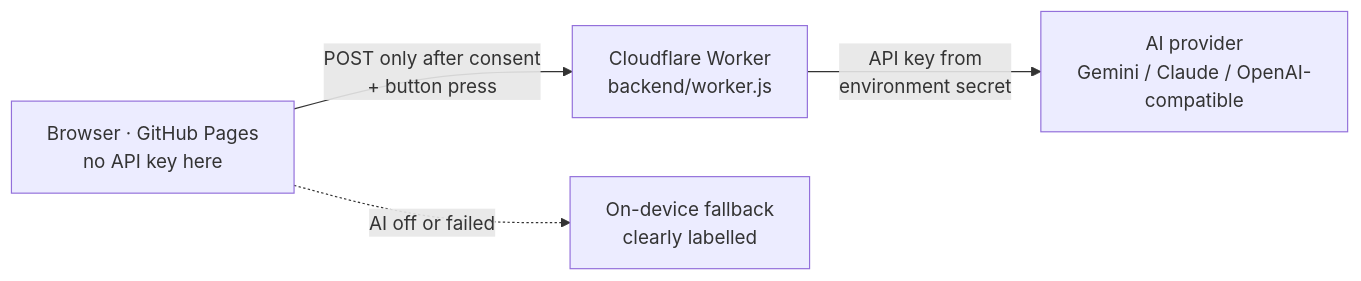
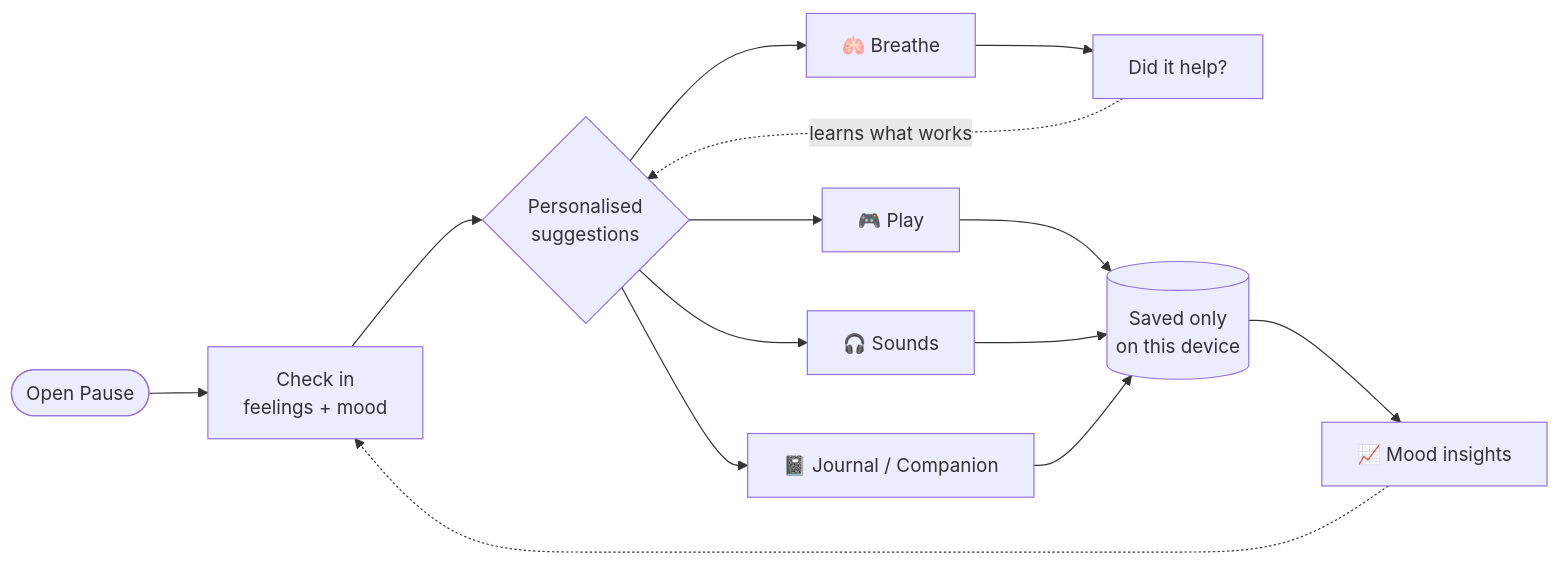
Before and after one commit to nbhumika07/pause-2.0: the diagram in README.md, drawn with Mermaid. The commit also changed other lines of this file, not shown here.

````diff
--- a/README.md
+++ b/README.md
@@ -106,6 +185,16 @@
 ```mermaid
 flowchart LR
-    A[Browser · GitHub Pages<br/>no API key here] -- "POST only after consent<br/>+ button press" --> B[Cloudflare Worker<br/>backend/worker.js]
-    B -- "API key from<br/>environment secret" --> C[AI provider<br/>Gemini / Claude / OpenAI-compatible]
-    A -. "AI off or failed" .-> D[On-device fallback<br/>clearly labelled]
+    A([Open Pause]) --> B[Check in<br/>feelings + mood]
+    B --> C{Personalised<br/>suggestions}
+    C --> D[🫁 Breathe]
+    C --> E[🎮 Play]
+    C --> F[🎧 Sounds]
+    C --> G[📓 Journal / Companion]
+    D --> H[Did it help?]
+    H -. learns what works .-> C
+    E --> J[(Saved only<br/>on this device)]
+    F --> J
+    G --> J
+    J --> K[📈 Mood insights]
+    K -.-> B
 ```
````
